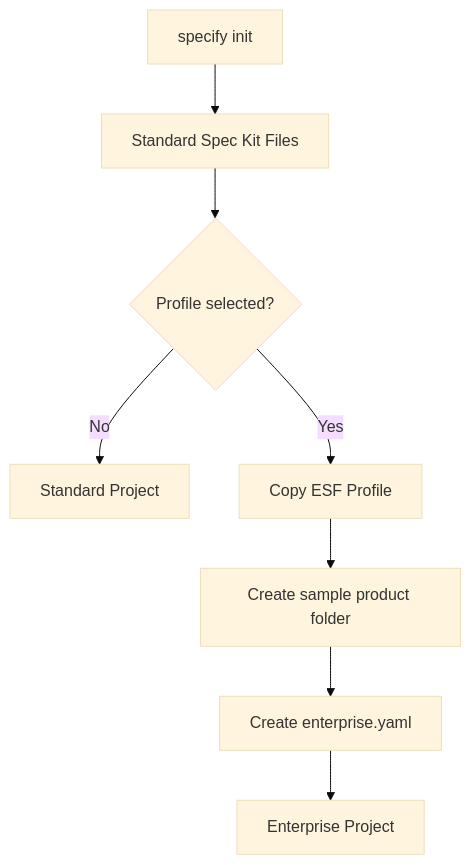
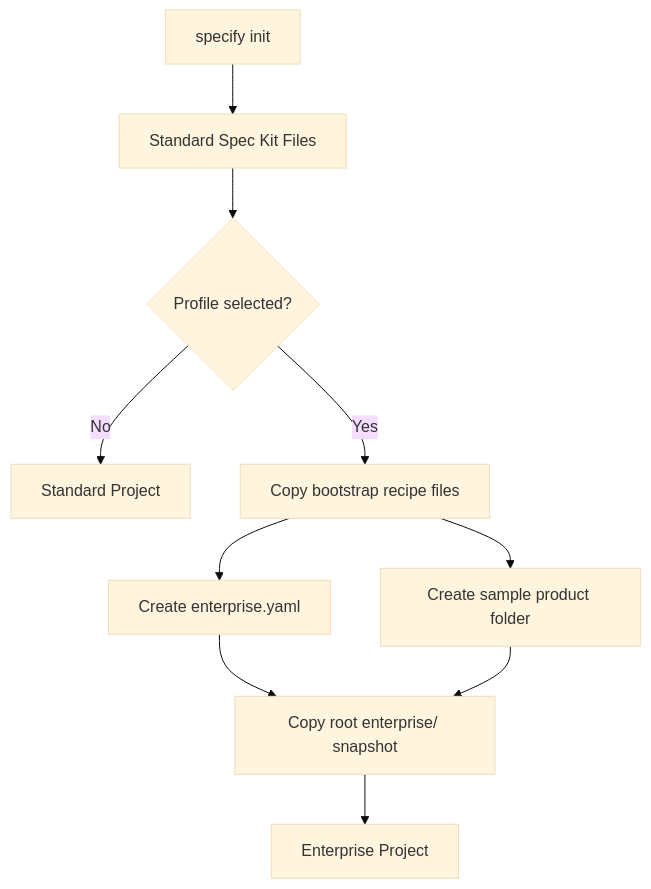
One commit to salesforceseeker41-sys/spec-kit changed diagram 15 of 26 in docs/enterprise-architecture-guide.md. Above: the diagram before and after it, drawn with Mermaid (base theme). The commit also changed other lines of this file and 44 other files, not shown here.

````diff
--- a/docs/enterprise-architecture-guide.md
+++ b/docs/enterprise-architecture-guide.md
@@ -579,10 +597,12 @@
 ```mermaid
 flowchart TD
     Init[specify init] --> Standard[Standard Spec Kit Files]
     Standard --> Profile{Profile selected?}
     Profile -->|No| Done[Standard Project]
-    Profile -->|Yes| Enterprise[Copy ESF Profile]
-    Enterprise --> Product[Create sample product folder]
-    Product --> Config[Create enterprise.yaml]
-    Config --> Done2[Enterprise Project]
+    Profile -->|Yes| Recipe[Copy bootstrap recipe files]
+    Recipe --> Product[Create sample product folder]
+    Recipe --> Config[Create enterprise.yaml]
+    Config --> Snapshot[Copy root enterprise/ snapshot]
+    Product --> Snapshot
+    Snapshot --> Done2[Enterprise Project]
 ```
````
